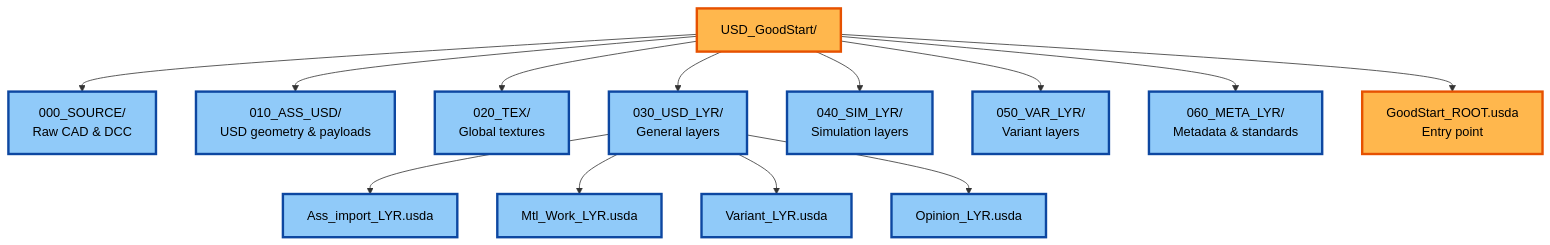
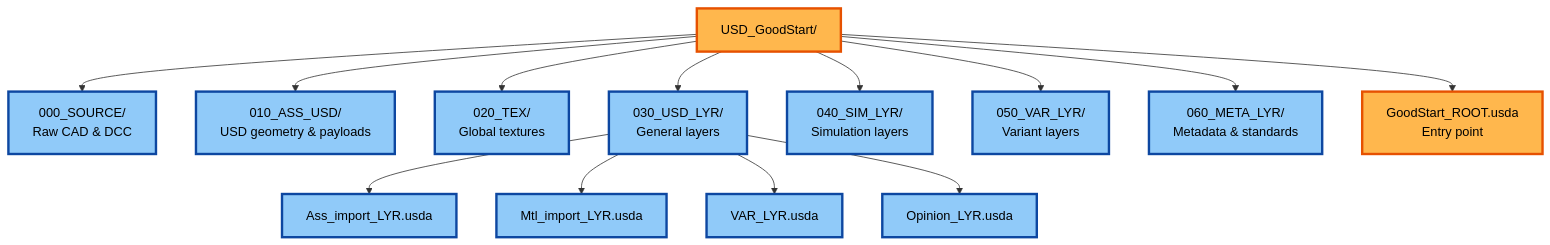
Diagram 15 of 18 in WIP_Docs/OpenUSD_Best_Practices_Guide (17).md (jph2/USD_GoodStart), drawn with Mermaid before and after one commit. The commit also changed other lines of this file and 1 other file, not shown here.

````diff
--- a/WIP_Docs/OpenUSD_Best_Practices_Guide (17).md
+++ b/WIP_Docs/OpenUSD_Best_Practices_Guide (17).md
@@ -2619,23 +2619,23 @@
 ```mermaid
 flowchart TD
     root[USD_GoodStart/]:::root
     root --> S000[000_SOURCE/\nRaw CAD & DCC]
     root --> S010[010_ASS_USD/\nUSD geometry & payloads]
     root --> S020[020_TEX/\nGlobal textures]
     root --> S030[030_USD_LYR/\nGeneral layers]
     root --> S040[040_SIM_LYR/\nSimulation layers]
     root --> S050[050_VAR_LYR/\nVariant layers]
     root --> S060[060_META_LYR/\nMetadata & standards]
     root --> RootUsd[GoodStart_ROOT.usda\nEntry point]
     
     S030 --> L_Import[Ass_import_LYR.usda]
-    S030 --> L_Mtl[Mtl_Work_LYR.usda]
-    S030 --> L_Var[Variant_LYR.usda]
+    S030 --> L_Mtl[Mtl_import_LYR.usda]
+    S030 --> L_Var[VAR_LYR.usda]
     S030 --> L_Opinion[Opinion_LYR.usda]
     
     classDef root fill:#ffb74d,stroke:#e65100,stroke-width:3px,color:#000;
     classDef folder fill:#90caf9,stroke:#0d47a1,stroke-width:3px,color:#000;
     
     class root,RootUsd root;
     class S000,S010,S020,S030,S040,S050,S060,L_Import,L_Mtl,L_Var,L_Opinion folder;
 ```
````
